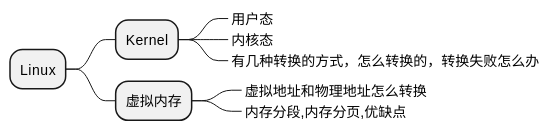
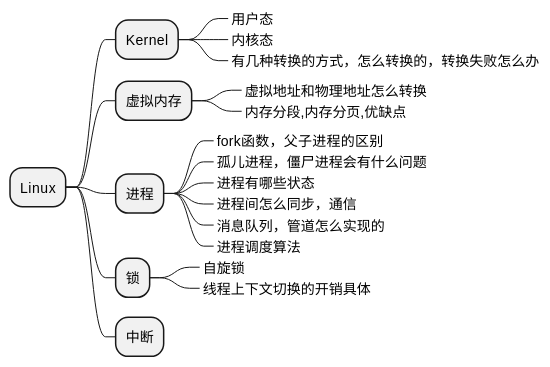
Before and after one commit to Gh0st99/Gh0st99.github.io: the ninth of 11 diagrams in _posts/2021-05-27-查漏补缺.md, drawn with PlantUML. The commit also changed other lines of this file and 1 other file, not shown here.

````diff
--- a/_posts/2021-05-27-查漏补缺.md
+++ b/_posts/2021-05-27-查漏补缺.md
@@ -413,13 +471,27 @@
 ```plantuml
 @startmindmap
 * Linux
 ** Kernel
 ***_ 用户态
 ***_ 内核态
 ***_ 有几种转换的方式，怎么转换的，转换失败怎么办
 
 ** 虚拟内存
 ***_ 虚拟地址和物理地址怎么转换
 ***_ 内存分段,内存分页,优缺点 
+
+** 进程
+***_ fork函数，父子进程的区别
+***_ 孤儿进程，僵尸进程会有什么问题
+***_ 进程有哪些状态
+***_ 进程间怎么同步，通信
+***_ 消息队列，管道怎么实现的
+***_ 进程调度算法
+
+** 锁
+***_ 自旋锁
+***_ 线程上下文切换的开销具体
+
+** 中断
 @endmindmap
 ```
````
